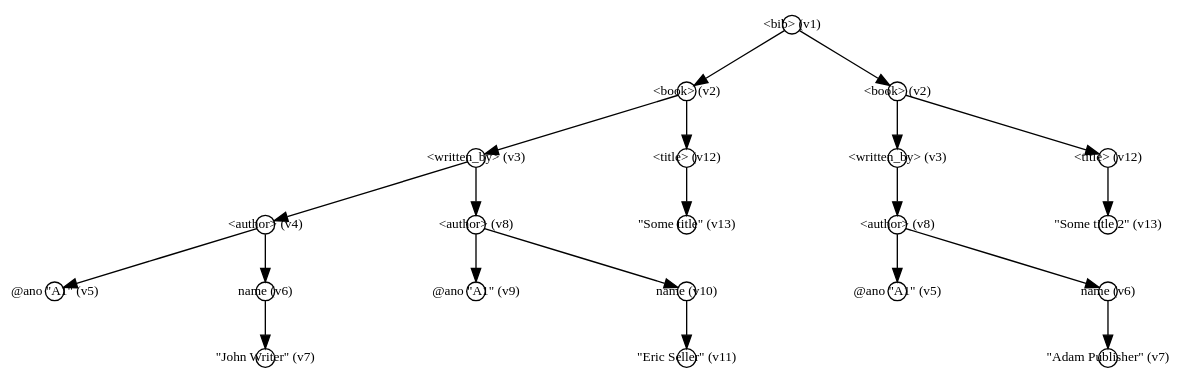
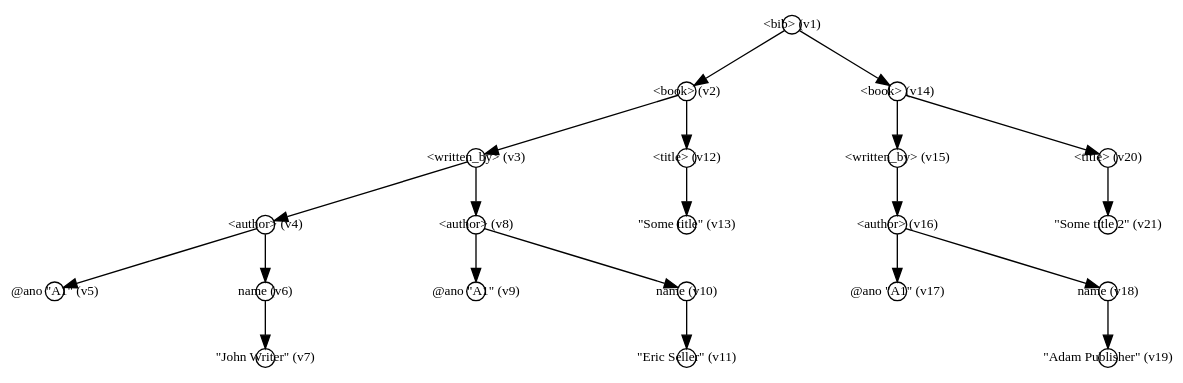
Before and after one commit to otmarjr/jInfer-fork: the diagram in doc/theses/svirec/example1.gv, drawn with Graphviz. The commit also changed 3 other files, not shown here.

```diff
--- a/doc/theses/svirec/example1.gv
+++ b/doc/theses/svirec/example1.gv
@@ -1,75 +1,75 @@
 digraph xml_tree_example {
 	rankdir = TB;
     nodesep = 2;
 	node [shape = circle, fixedsize = true, width = 0.2, fontname = "TeXGyrePagella-Regular", fontsize = 10];
 	edge [fontname = "TeXGyrePagella-Regular", fontsize = 10];
 
 {
 	Root[label = "<bib> (v1)"];
 }
 
 {
 	rank = same;
 	book1[label = "<book> (v2)"];
-	book2[label = "<book> (v2)"];
+	book2[label = "<book> (v14)"];
 }
 
 	Root -> book1;
 	Root -> book2;
 {
     rank = same;
 	writtenby1[label = "<written_by> (v3)"];
-	writtenby2[label = "<written_by> (v3)"];
+	writtenby2[label = "<written_by> (v15)"];
     title1[label = "<title> (v12)"];
-    title2[label = "<title> (v12)"];
+    title2[label = "<title> (v20)"];
 
 }
     book1 -> writtenby1;
     book1 -> title1;
 
     book2 -> writtenby2;
     book2 -> title2;
 
 {
     rank = same;
 	author1[label = "<author> (v4)"];
     author2[label = "<author> (v8)"];
     titleValue1[label = "\"Some title\" (v13)"];
-    author3[label = "<author> (v8)"];
-    titleValue2[label = "\"Some title 2\" (v13)"];
+    author3[label = "<author> (v16)"];
+    titleValue2[label = "\"Some title 2\" (v21)"];
 
 }
     writtenby1 -> author1;
     writtenby1 -> author2;
     title1 -> titleValue1;
 
     writtenby2 -> author3;
     title2 -> titleValue2;
 
 {
     rank = same;
     ano1[label = "@ano \"A1\" (v5)"];
     name1[label = "name (v6)"];
     ano2[label = "@ano \"A1\" (v9)"];
     name2[label = "name (v10)"];
-    ano3[label = "@ano \"A1\" (v5)"];
-    name3[label = "name (v6)"];
+    ano3[label = "@ano \"A1\" (v17)"];
+    name3[label = "name (v18)"];
 
 }
     author1 -> ano1;
     author1 -> name1;
     author2 -> ano2;
     author2 -> name2;
     author3 -> ano3;
     author3 -> name3;
 
     nameValue1[label = "\"John Writer\" (v7)"];
     nameValue2[label = "\"Eric Seller\" (v11)"];
-    nameValue3[label = "\"Adam Publisher\" (v7)"];
+    nameValue3[label = "\"Adam Publisher\" (v19)"];
 
     name1 -> nameValue1;
     name2 -> nameValue2;
     name3 -> nameValue3;
 
 
 }
```
